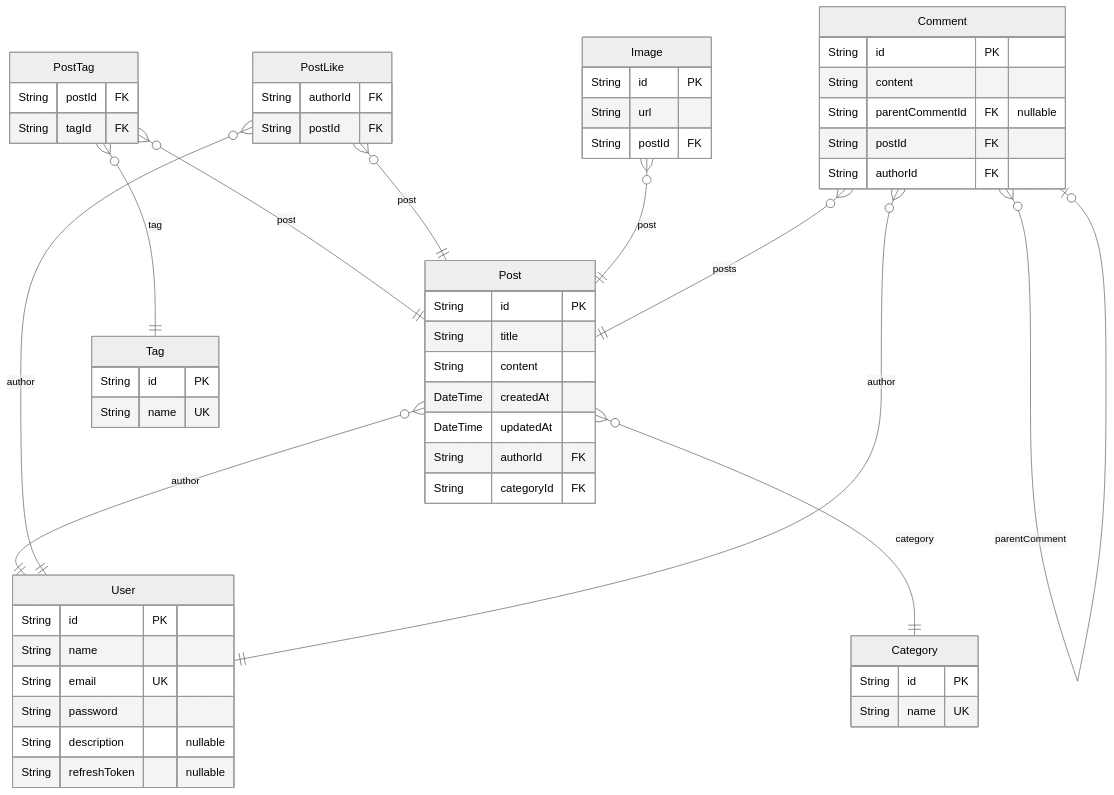
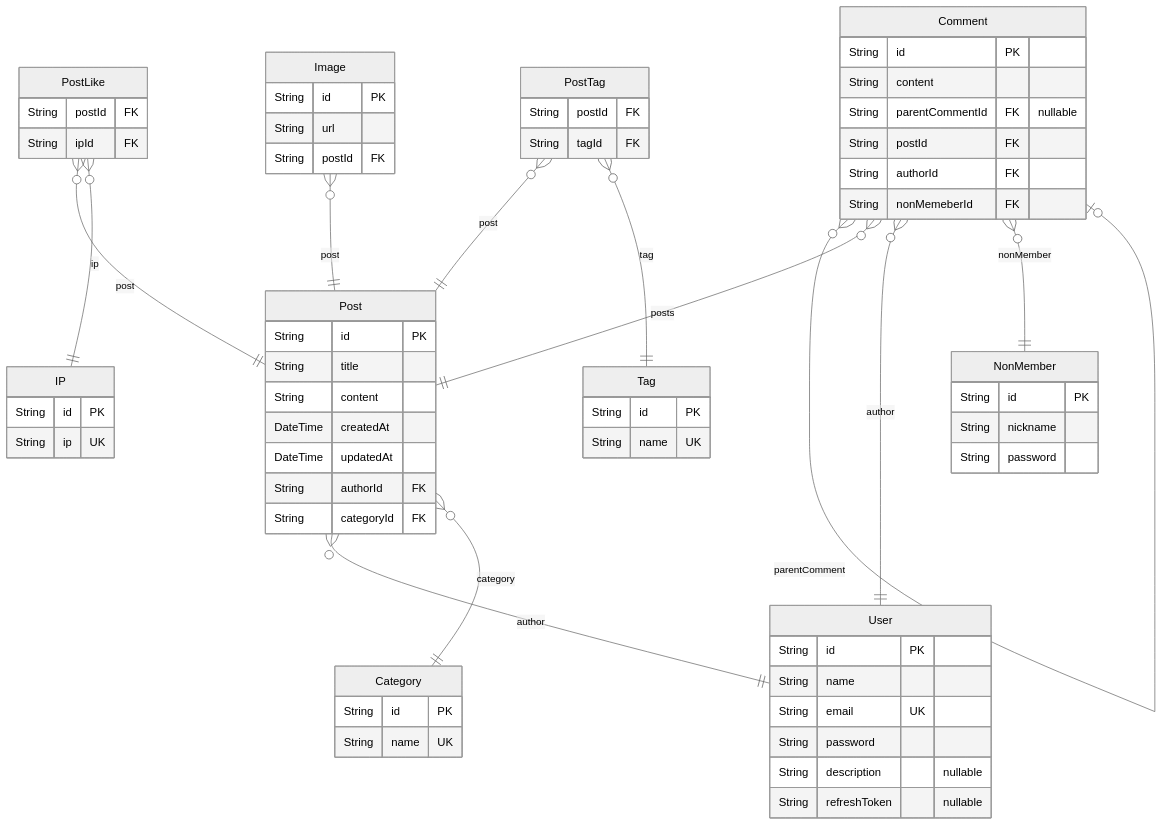
Before and after one commit to JongDeug/blog-backend: the diagram in prisma/ERD.md, drawn with Mermaid (neutral theme). The commit also changed other lines of this file and 2 other files, not shown here.

````diff
--- a/prisma/ERD.md
+++ b/prisma/ERD.md
@@ -7,58 +7,69 @@
 ```mermaid
 erDiagram
 "User" {
   String id PK
   String name
   String email UK
   String password
   String description "nullable"
   String refreshToken "nullable"
+}
+"IP" {
+  String id PK
+  String ip UK
+}
+"NonMember" {
+  String id PK
+  String nickname
+  String password
+}
+"PostLike" {
+  String postId FK
+  String ipId FK
 }
 "Post" {
   String id PK
   String title
   String content
   DateTime createdAt
   DateTime updatedAt
   String authorId FK
   String categoryId FK
 }
 "Tag" {
   String id PK
   String name UK
 }
 "PostTag" {
   String postId FK
   String tagId FK
 }
-"PostLike" {
-  String authorId FK
-  String postId FK
-}
 "Image" {
   String id PK
   String url
   String postId FK
 }
 "Category" {
   String id PK
   String name UK
 }
 "Comment" {
   String id PK
   String content
   String parentCommentId FK "nullable"
   String postId FK
   String authorId FK
+  String nonMemeberId FK
 }
+"PostLike" }o--|| "Post" : post
+"PostLike" }o--|| "IP" : ip
 "Post" }o--|| "User" : author
 "Post" }o--|| "Category" : category
 "PostTag" }o--|| "Post" : post
 "PostTag" }o--|| "Tag" : tag
-"PostLike" }o--|| "User" : author
-"PostLike" }o--|| "Post" : post
 "Image" }o--|| "Post" : post
 "Comment" }o--o| "Comment" : parentComment
 "Comment" }o--|| "Post" : posts
 "Comment" }o--|| "User" : author
+"Comment" }o--|| "NonMember" : nonMember
 ```
````
